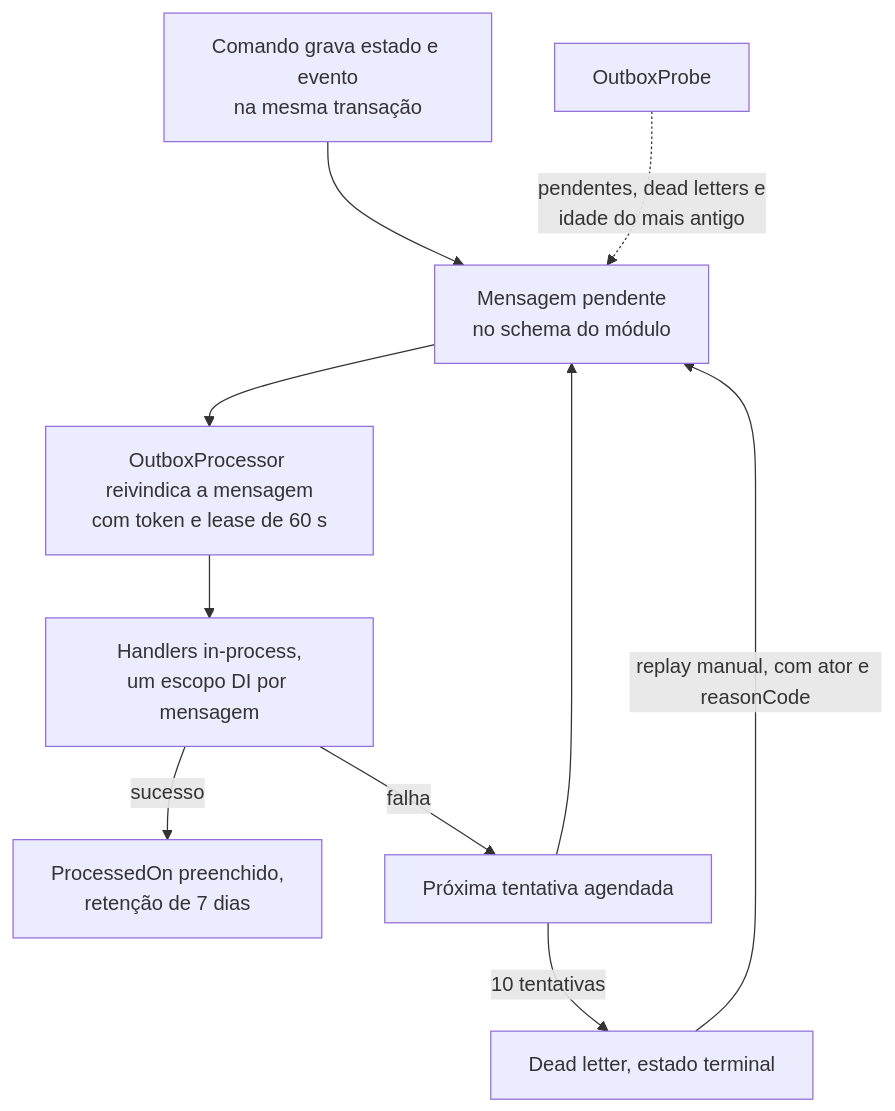
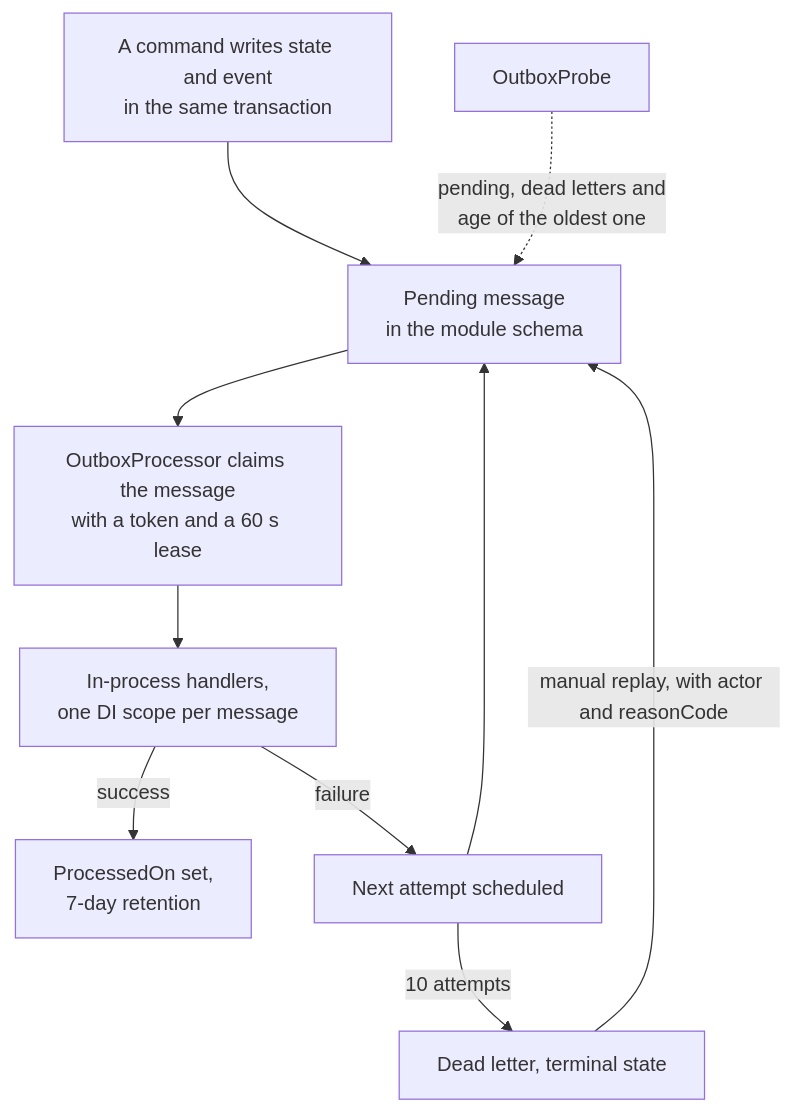
The fourth of 4 diagrams in README.md (thiagocorreanet/dotnet-standards-template), drawn with Mermaid before and after one commit. The commit also changed other lines of this file and 3 other files, not shown here.

````diff
--- a/README.md
+++ b/README.md
@@ -99,12 +99,12 @@
 ```mermaid
 flowchart TB
-    W["Comando grava estado e evento<br/>na mesma transação"] --> P["Mensagem pendente<br/>no schema do módulo"]
-    P --> CL["OutboxProcessor reivindica a mensagem<br/>com token e lease de 60 s"]
-    CL --> H["Handlers in-process,<br/>um escopo DI por mensagem"]
-    H -->|"sucesso"| D["ProcessedOn preenchido,<br/>retenção de 7 dias"]
-    H -->|"falha"| R["Próxima tentativa agendada"]
+    W["A command writes state and event<br/>in the same transaction"] --> P["Pending message<br/>in the module schema"]
+    P --> CL["OutboxProcessor claims the message<br/>with a token and a 60 s lease"]
+    CL --> H["In-process handlers,<br/>one DI scope per message"]
+    H -->|"success"| D["ProcessedOn set,<br/>7-day retention"]
+    H -->|"failure"| R["Next attempt scheduled"]
     R --> P
-    R -->|"10 tentativas"| L["Dead letter, estado terminal"]
-    L -->|"replay manual, com ator e reasonCode"| P
-    Probe["OutboxProbe"] -. "pendentes, dead letters e<br/>idade do mais antigo" .-> P
+    R -->|"10 attempts"| L["Dead letter, terminal state"]
+    L -->|"manual replay, with actor and reasonCode"| P
+    Probe["OutboxProbe"] -. "pending, dead letters and<br/>age of the oldest one" .-> P
 ```
````
